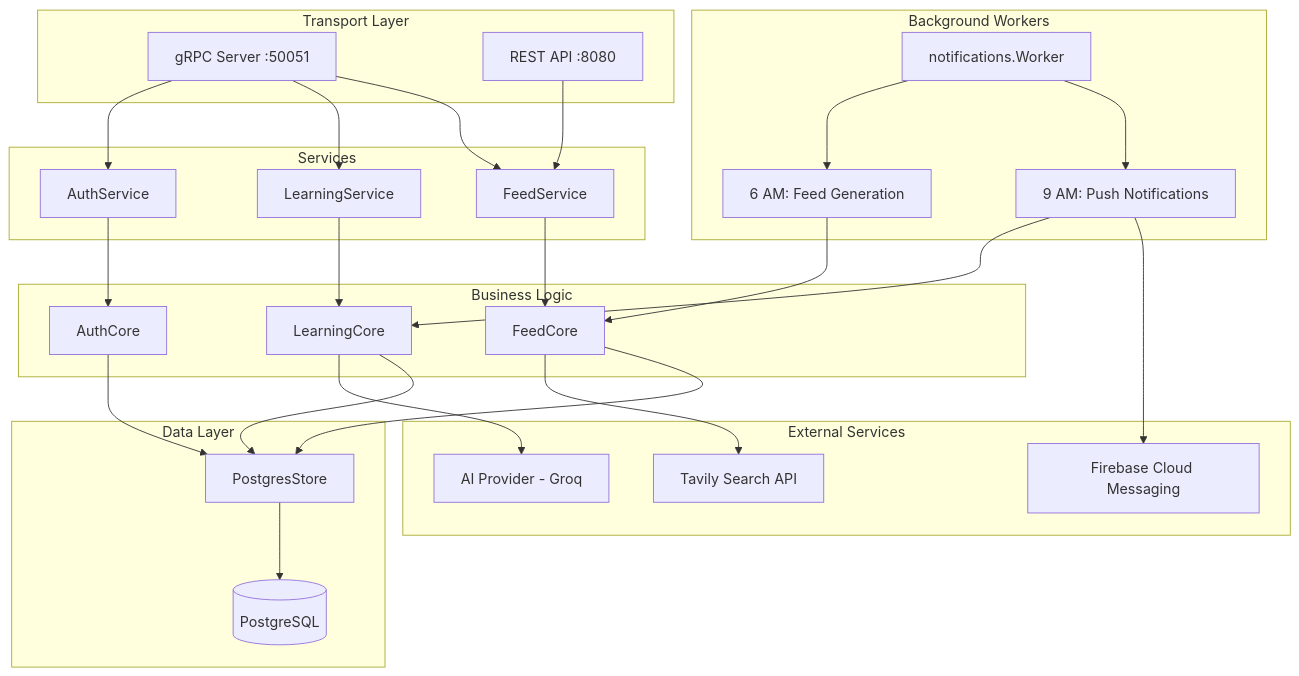
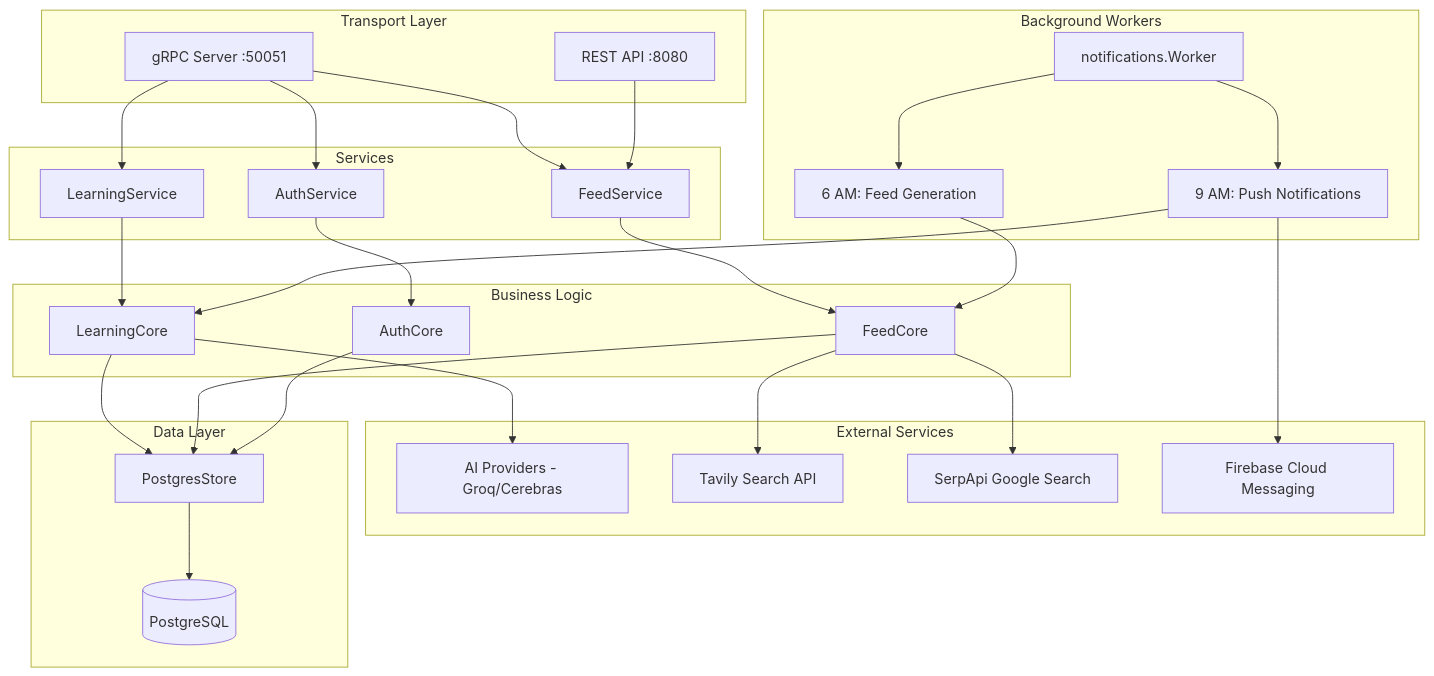
The diagram in ARCH.md (amityadav9314/L.and.R), drawn with Mermaid before and after one commit. The commit also changed other lines of this file and 3 other files, not shown here.

````diff
--- a/ARCH.md
+++ b/ARCH.md
@@ -65,48 +70,49 @@
 ```mermaid
 graph TB
     subgraph "Transport Layer"
         GRPC[gRPC Server :50051]
         REST[REST API :8080]
     end
     
     subgraph "Services"
         AUTH[AuthService]
         LEARN[LearningService]
         FEED[FeedService]
     end
     
     subgraph "Business Logic"
         LCORE[LearningCore]
         FCORE[FeedCore]
         ACORE[AuthCore]
     end
     
     subgraph "Background Workers"
         WORKER[notifications.Worker]
         CRON1[6 AM: Feed Generation]
         CRON2[9 AM: Push Notifications]
     end
     
     subgraph "External Services"
-        AI[AI Provider - Groq]
+        AI[AI Providers - Groq/Cerebras]
         TAVILY[Tavily Search API]
+        SERPAPI[SerpApi Google Search]
         FCM[Firebase Cloud Messaging]
     end
     
     subgraph "Data Layer"
         STORE[PostgresStore]
         DB[(PostgreSQL)]
     end
     
     GRPC --> AUTH & LEARN & FEED
     REST --> FEED
     AUTH --> ACORE
     LEARN --> LCORE
     FEED --> FCORE
     LCORE --> AI
-    FCORE --> TAVILY
+    FCORE --> TAVILY & SERPAPI
     WORKER --> CRON1 & CRON2
     CRON1 --> FCORE
     CRON2 --> LCORE & FCM
     LCORE & FCORE & ACORE --> STORE --> DB
 ```
````
